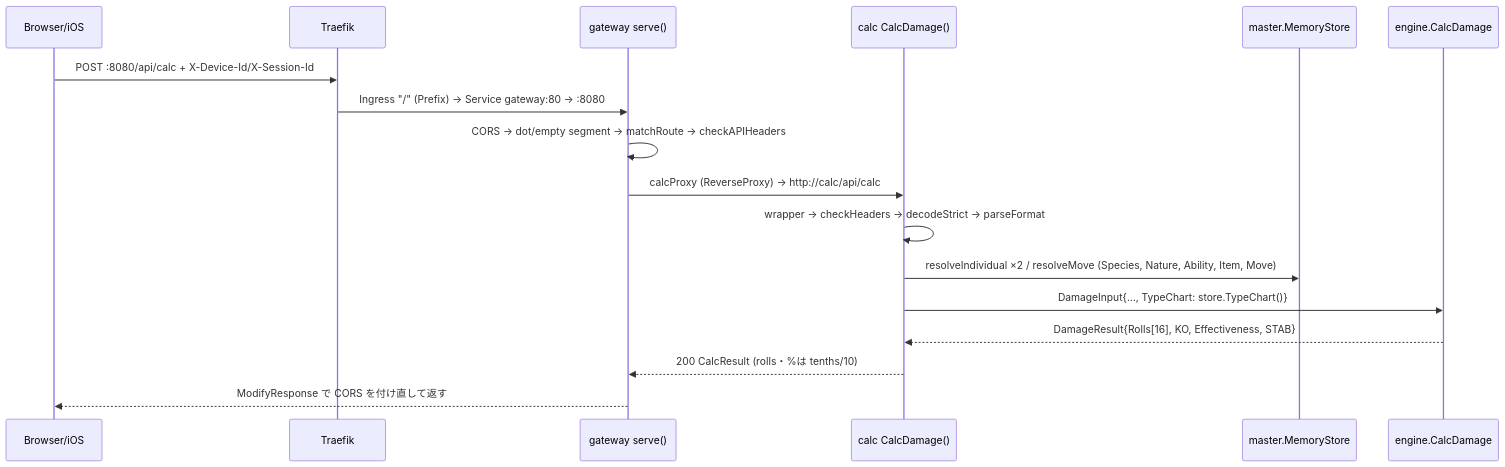
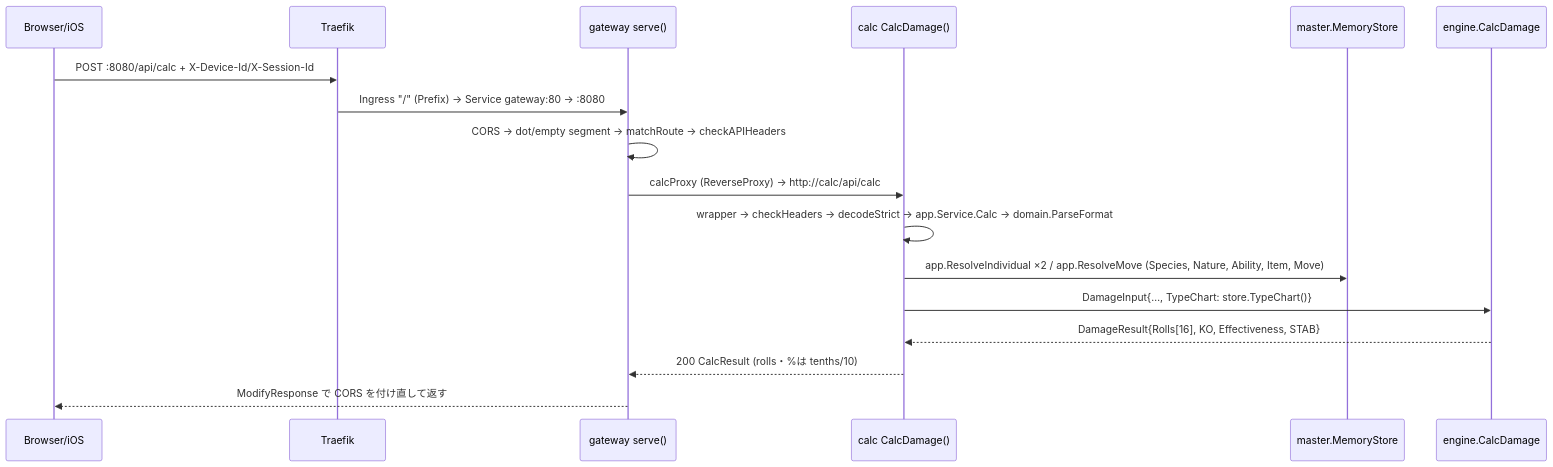
Before and after one commit to yxicun89/MyDamageCalcurater: the first of 5 diagrams in docs/impl/request-flows.md, drawn with Mermaid. The commit also changed other lines of this file and 20 other files, not shown here.

First line of the commit message:
refactor(calc): S3 の critic 軽微指摘を整理する(未知の失敗の写し・逆算の締め切り/観測順テスト・domain の単体テスト・docs のパス。I-api-6)

````diff
--- a/docs/impl/request-flows.md
+++ b/docs/impl/request-flows.md
@@ -8,19 +8,19 @@
 ```mermaid
 sequenceDiagram
   participant B as Browser/iOS
   participant T as Traefik
   participant G as gateway serve()
   participant C as calc CalcDamage()
   participant S as master.MemoryStore
   participant E as engine.CalcDamage
   B->>T: POST :8080/api/calc + X-Device-Id/X-Session-Id
   T->>G: Ingress "/" (Prefix) → Service gateway:80 → :8080
   G->>G: CORS → dot/empty segment → matchRoute → checkAPIHeaders
   G->>C: calcProxy (ReverseProxy) → http://calc/api/calc
-  C->>C: wrapper → checkHeaders → decodeStrict → parseFormat
-  C->>S: resolveIndividual ×2 / resolveMove (Species, Nature, Ability, Item, Move)
+  C->>C: wrapper → checkHeaders → decodeStrict → app.Service.Calc → domain.ParseFormat
+  C->>S: app.ResolveIndividual ×2 / app.ResolveMove (Species, Nature, Ability, Item, Move)
   C->>E: DamageInput{…, TypeChart: store.TypeChart()}
   E-->>C: DamageResult{Rolls[16], KO, Effectiveness, STAB}
   C-->>G: 200 CalcResult (rolls・%は tenths/10)
   G-->>B: ModifyResponse で CORS を付け直して返す
 ```
````
